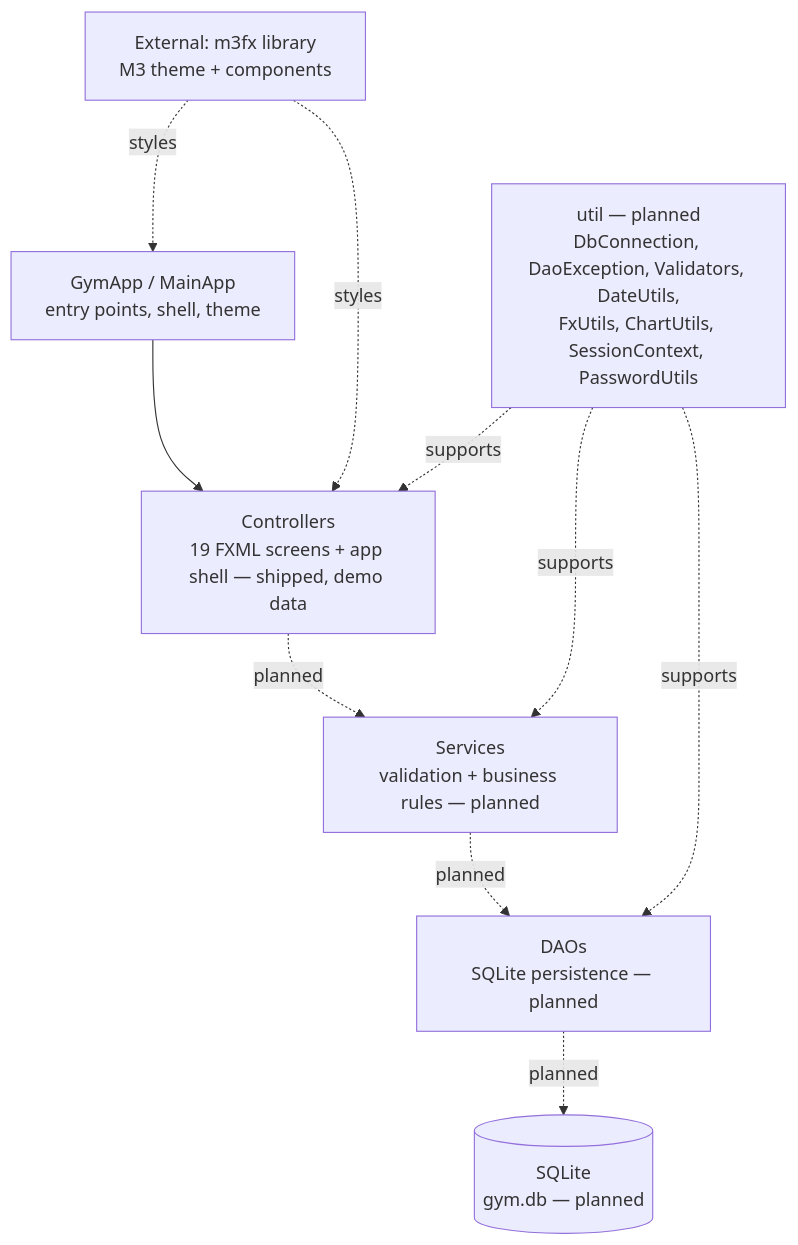
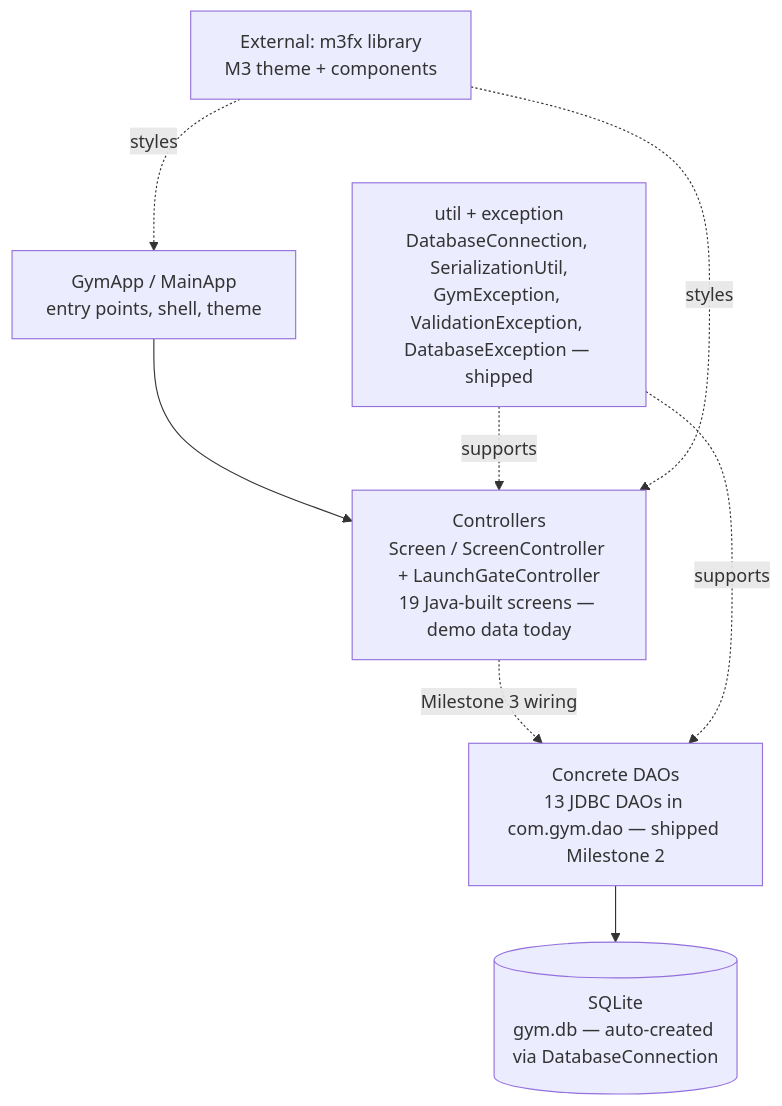
One commit to Agono0/gym-management-system changed the third of 8 diagrams in docs/UML.md. Above: the diagram before and after it, drawn with Mermaid. The commit also changed other lines of this file and 72 other files, not shown here.

Commit message:
feat(gym): add Milestone 2 beginner SQLite/serialization backend, drop app tests, and sync docs

````diff
--- a/docs/UML.md
+++ b/docs/UML.md
@@ -569,12 +531,10 @@
 ```mermaid
 flowchart TD
-    APP[GymApp / MainApp<br/>entry points, shell, theme] --> CTRL[Controllers<br/>19 FXML screens + app shell — shipped, demo data]
-    CTRL -. planned .-> SRV[Services<br/>validation + business rules — planned]
-    SRV -. planned .-> DAO[DAOs<br/>SQLite persistence — planned]
-    DAO -. planned .-> DB[(SQLite<br/>gym.db — planned)]
+    APP[GymApp / MainApp<br/>entry points, shell, theme] --> CTRL[Controllers<br/>Screen / ScreenController + LaunchGateController<br/>19 Java-built screens — demo data today]
+    CTRL -. Milestone 3 wiring .-> DAO[Concrete DAOs<br/>13 JDBC DAOs in com.gym.dao — shipped Milestone 2]
+    DAO --> DB[(SQLite<br/>gym.db — auto-created via DatabaseConnection)]
+    UTIL[util + exception<br/>DatabaseConnection, SerializationUtil,<br/>GymException, ValidationException, DatabaseException — shipped] -. supports .-> DAO
+    UTIL -. supports .-> CTRL
     M3FX[External: m3fx library<br/>M3 theme + components] -. styles .-> APP
     M3FX -. styles .-> CTRL
-    UTIL[util — planned<br/>DbConnection, DaoException, Validators, DateUtils,<br/>FxUtils, ChartUtils, SessionContext, PasswordUtils] -. supports .-> SRV
-    UTIL -. supports .-> CTRL
-    UTIL -. supports .-> DAO
 ```
````
